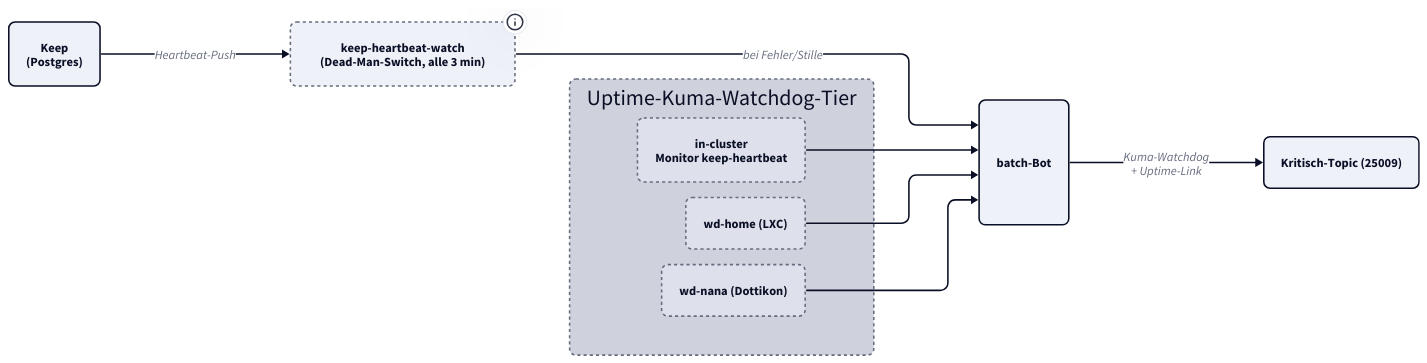
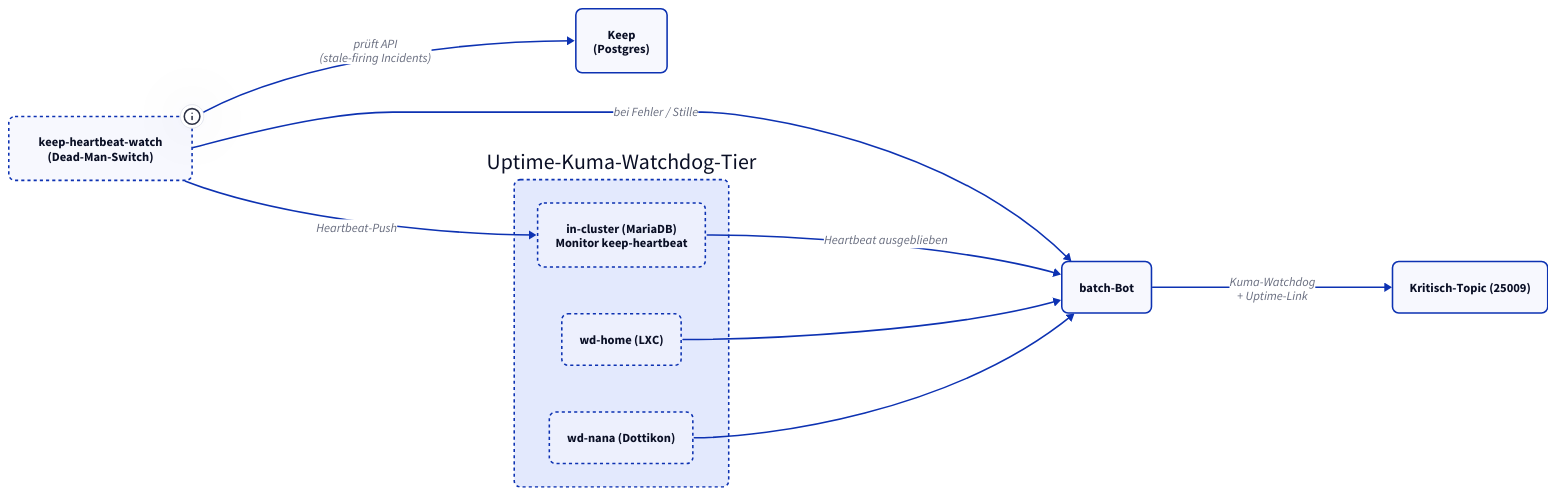
Before and after one commit to derever-labs/homelab-wiki: the second of 2 diagrams in docs/monitoring/keep.md, drawn with D2. The commit also changed other lines of this file and 8 other files, not shown here.

````diff
--- a/docs/monitoring/keep.md
+++ b/docs/monitoring/keep.md
@@ -158,37 +151,34 @@
 ```d2
 direction: right
-
-vars: {
-  d2-config: {
-    theme-id: 1
-    layout-engine: elk
-  }
-}
 
 classes: {
   svc: { style: { border-radius: 8 } }
   watch: { style: { border-radius: 8; stroke-dash: 2 } }
   sink: { style: { border-radius: 8 } }
 }
 
 keep: Keep\n(Postgres) { class: svc }
 
-dms: keep-heartbeat-watch\n(Dead-Man-Switch, alle 3 min) { class: watch; tooltip: "Kuma-Heartbeat + stale-firing-Digest" }
+dms: keep-heartbeat-watch\n(Dead-Man-Switch) {
+  class: watch
+  tooltip: "prüft Keep-API und pusht Kuma-Heartbeat"
+}
 
 kuma: Uptime-Kuma-Watchdog-Tier {
   class: watch
-  m84: in-cluster\nMonitor keep-heartbeat { class: watch }
+  m84: in-cluster (MariaDB)\nMonitor keep-heartbeat { class: watch }
   home: wd-home (LXC) { class: watch }
   nana: wd-nana (Dottikon) { class: watch }
 }
 
 batch: batch-Bot { class: svc }
 krit: Kritisch-Topic (25009) { class: sink }
 
-keep -> dms: "Heartbeat-Push"
-dms -> batch: "bei Fehler/Stille"
-kuma.m84 -> batch
+dms -> keep: "prüft API\n(stale-firing Incidents)"
+dms -> kuma.m84: Heartbeat-Push
+dms -> batch: bei Fehler / Stille
+kuma.m84 -> batch: Heartbeat ausgeblieben
 kuma.home -> batch
 kuma.nana -> batch
 batch -> krit: "Kuma-Watchdog\n+ Uptime-Link"
 ```
````
